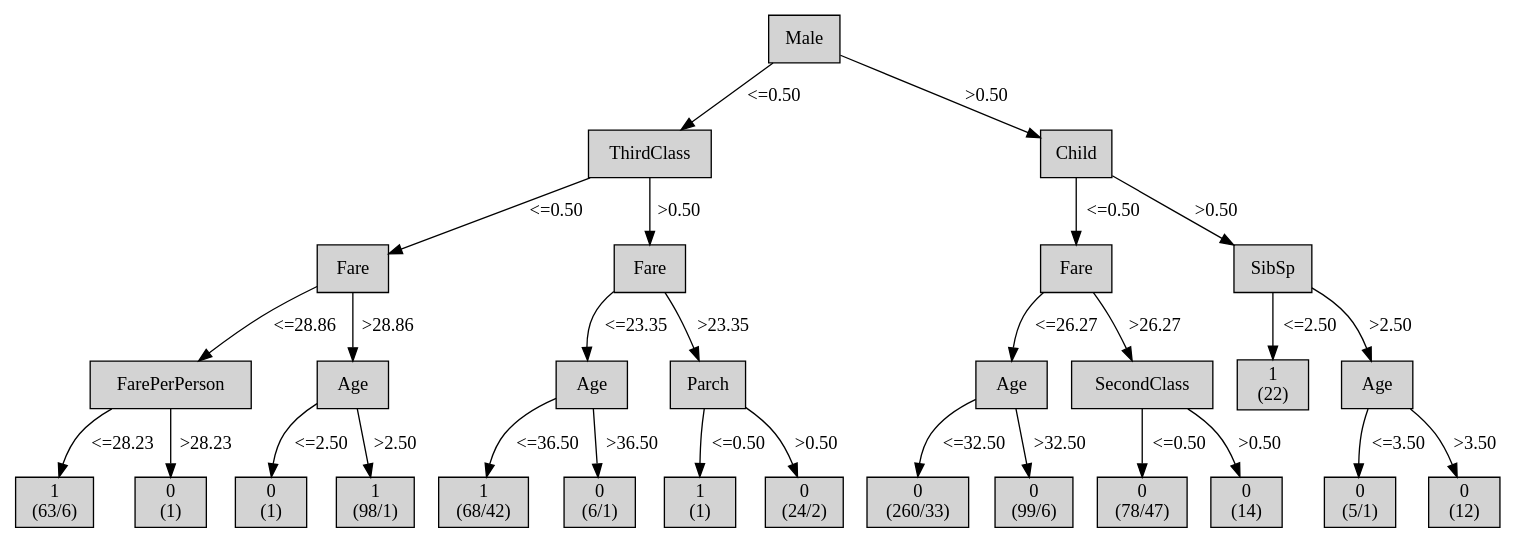
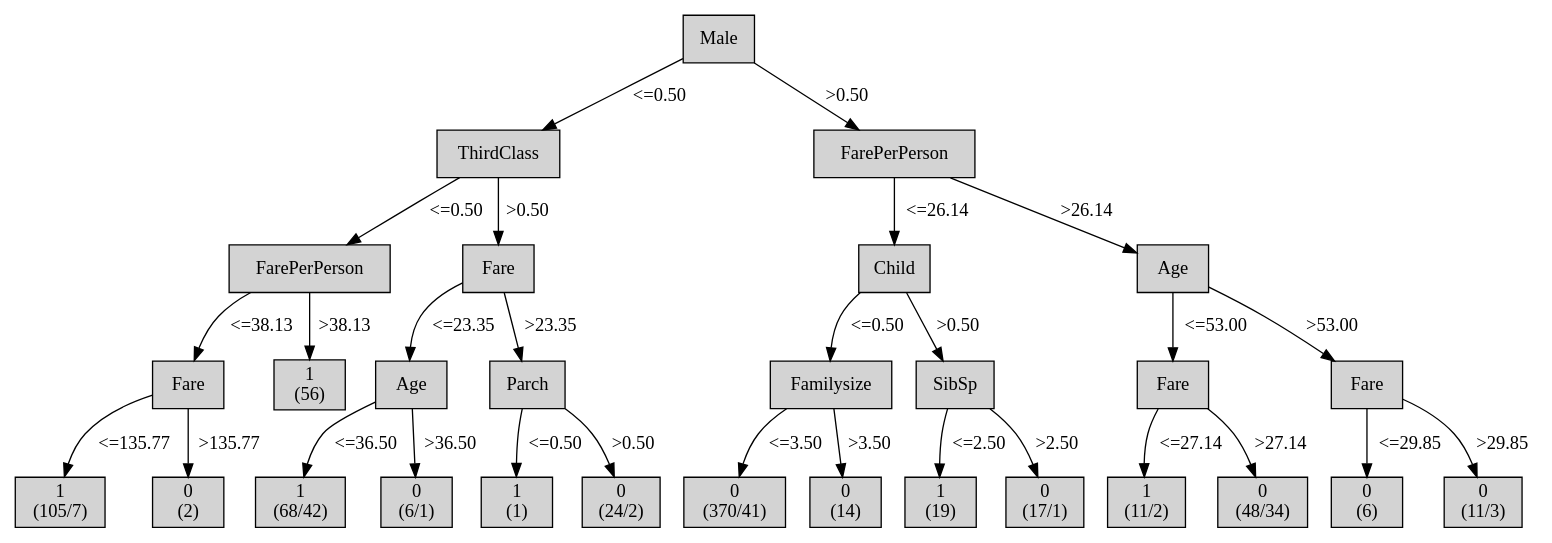
One commit to mklb/BI-Python3 changed the diagram in output/tree-generator-4/tree.dot. Above: the diagram before and after it, drawn with Graphviz. The commit also changed 30 other files, not shown here.

```diff
--- a/output/tree-generator-4/tree.dot
+++ b/output/tree-generator-4/tree.dot
@@ -1,108 +1,108 @@
 digraph ID3_Tree {
 "0" [shape=box, style=filled, label="Male
 ", weight=1]
 "1" [shape=box, style=filled, label="ThirdClass
 ", weight=2]
 0 -> 1 [ label = "<=0.50"];
-"2" [shape=box, style=filled, label="Fare
+"2" [shape=box, style=filled, label="FarePerPerson
 ", weight=3]
 1 -> 2 [ label = "<=0.50"];
-"3" [shape=box, style=filled, label="FarePerPerson
+"3" [shape=box, style=filled, label="Fare
 ", weight=4]
-2 -> 3 [ label = "<=28.86"];
+2 -> 3 [ label = "<=38.13"];
 "4" [shape=box, style=filled, label="1
-(63/6)
+(105/7)
 ", weight=5]
-3 -> 4 [ label = "<=28.23"];
+3 -> 4 [ label = "<=135.77"];
 "5" [shape=box, style=filled, label="0
+(2)
+", weight=5]
+3 -> 5 [ label = ">135.77"];
+"6" [shape=box, style=filled, label="1
+(56)
+", weight=4]
+2 -> 6 [ label = ">38.13"];
+"7" [shape=box, style=filled, label="Fare
+", weight=3]
+1 -> 7 [ label = ">0.50"];
+"8" [shape=box, style=filled, label="Age
+", weight=4]
+7 -> 8 [ label = "<=23.35"];
+"9" [shape=box, style=filled, label="1
+(68/42)
+", weight=5]
+8 -> 9 [ label = "<=36.50"];
+"10" [shape=box, style=filled, label="0
+(6/1)
+", weight=5]
+8 -> 10 [ label = ">36.50"];
+"11" [shape=box, style=filled, label="Parch
+", weight=4]
+7 -> 11 [ label = ">23.35"];
+"12" [shape=box, style=filled, label="1
 (1)
 ", weight=5]
-3 -> 5 [ label = ">28.23"];
-"6" [shape=box, style=filled, label="Age
-", weight=4]
-2 -> 6 [ label = ">28.86"];
-"7" [shape=box, style=filled, label="0
-(1)
-", weight=5]
-6 -> 7 [ label = "<=2.50"];
-"8" [shape=box, style=filled, label="1
-(98/1)
-", weight=5]
-6 -> 8 [ label = ">2.50"];
-"9" [shape=box, style=filled, label="Fare
-", weight=3]
-1 -> 9 [ label = ">0.50"];
-"10" [shape=box, style=filled, label="Age
-", weight=4]
-9 -> 10 [ label = "<=23.35"];
-"11" [shape=box, style=filled, label="1
-(68/42)
-", weight=5]
-10 -> 11 [ label = "<=36.50"];
-"12" [shape=box, style=filled, label="0
-(6/1)
-", weight=5]
-10 -> 12 [ label = ">36.50"];
-"13" [shape=box, style=filled, label="Parch
-", weight=4]
-9 -> 13 [ label = ">23.35"];
-"14" [shape=box, style=filled, label="1
-(1)
-", weight=5]
-13 -> 14 [ label = "<=0.50"];
-"15" [shape=box, style=filled, label="0
+11 -> 12 [ label = "<=0.50"];
+"13" [shape=box, style=filled, label="0
 (24/2)
 ", weight=5]
-13 -> 15 [ label = ">0.50"];
-"16" [shape=box, style=filled, label="Child
+11 -> 13 [ label = ">0.50"];
+"14" [shape=box, style=filled, label="FarePerPerson
 ", weight=2]
-0 -> 16 [ label = ">0.50"];
-"17" [shape=box, style=filled, label="Fare
+0 -> 14 [ label = ">0.50"];
+"15" [shape=box, style=filled, label="Child
 ", weight=3]
-16 -> 17 [ label = "<=0.50"];
-"18" [shape=box, style=filled, label="Age
+14 -> 15 [ label = "<=26.14"];
+"16" [shape=box, style=filled, label="Familysize
 ", weight=4]
-17 -> 18 [ label = "<=26.27"];
-"19" [shape=box, style=filled, label="0
-(260/33)
+15 -> 16 [ label = "<=0.50"];
+"17" [shape=box, style=filled, label="0
+(370/41)
 ", weight=5]
-18 -> 19 [ label = "<=32.50"];
-"20" [shape=box, style=filled, label="0
-(99/6)
-", weight=5]
-18 -> 20 [ label = ">32.50"];
-"21" [shape=box, style=filled, label="SecondClass
-", weight=4]
-17 -> 21 [ label = ">26.27"];
-"22" [shape=box, style=filled, label="0
-(78/47)
-", weight=5]
-21 -> 22 [ label = "<=0.50"];
-"23" [shape=box, style=filled, label="0
+16 -> 17 [ label = "<=3.50"];
+"18" [shape=box, style=filled, label="0
 (14)
 ", weight=5]
-21 -> 23 [ label = ">0.50"];
-"24" [shape=box, style=filled, label="SibSp
+16 -> 18 [ label = ">3.50"];
+"19" [shape=box, style=filled, label="SibSp
+", weight=4]
+15 -> 19 [ label = ">0.50"];
+"20" [shape=box, style=filled, label="1
+(19)
+", weight=5]
+19 -> 20 [ label = "<=2.50"];
+"21" [shape=box, style=filled, label="0
+(17/1)
+", weight=5]
+19 -> 21 [ label = ">2.50"];
+"22" [shape=box, style=filled, label="Age
 ", weight=3]
-16 -> 24 [ label = ">0.50"];
-"25" [shape=box, style=filled, label="1
-(22)
+14 -> 22 [ label = ">26.14"];
+"23" [shape=box, style=filled, label="Fare
 ", weight=4]
-24 -> 25 [ label = "<=2.50"];
-"26" [shape=box, style=filled, label="Age
+22 -> 23 [ label = "<=53.00"];
+"24" [shape=box, style=filled, label="1
+(11/2)
+", weight=5]
+23 -> 24 [ label = "<=27.14"];
+"25" [shape=box, style=filled, label="0
+(48/34)
+", weight=5]
+23 -> 25 [ label = ">27.14"];
+"26" [shape=box, style=filled, label="Fare
 ", weight=4]
-24 -> 26 [ label = ">2.50"];
+22 -> 26 [ label = ">53.00"];
 "27" [shape=box, style=filled, label="0
-(5/1)
+(6)
 ", weight=5]
-26 -> 27 [ label = "<=3.50"];
+26 -> 27 [ label = "<=29.85"];
 "28" [shape=box, style=filled, label="0
-(12)
+(11/3)
 ", weight=5]
-26 -> 28 [ label = ">3.50"];
+26 -> 28 [ label = ">29.85"];
 {rank=same; 0;};
-{rank=same; 1;16;};
-{rank=same; 2;9;17;24;};
-{rank=same; 3;6;10;13;18;21;25;26;};
-{rank=same; 4;5;7;8;11;12;14;15;19;20;22;23;27;28;};
+{rank=same; 1;14;};
+{rank=same; 2;7;15;22;};
+{rank=same; 3;6;8;11;16;19;23;26;};
+{rank=same; 4;5;9;10;12;13;17;18;20;21;24;25;27;28;};
 }
```
